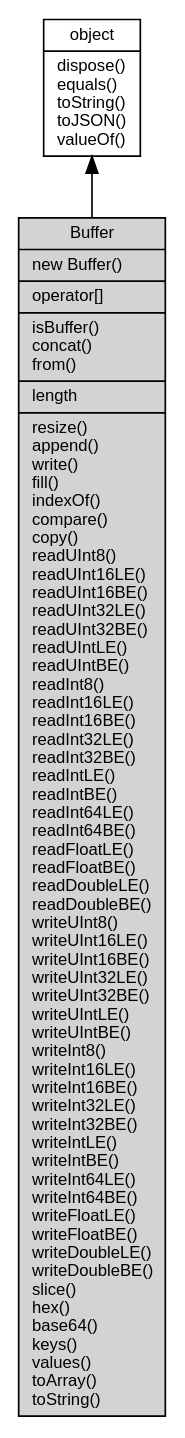
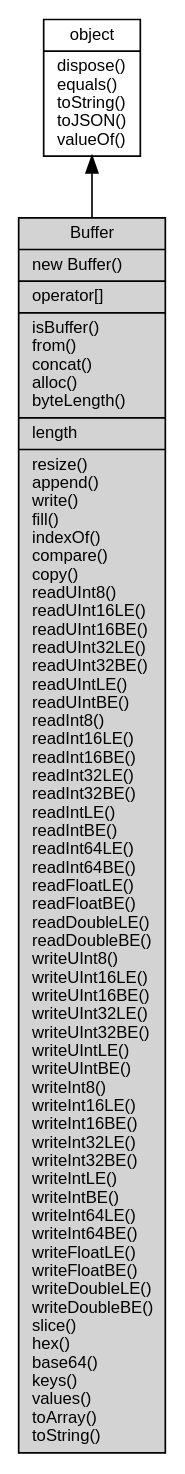
Before and after one commit to fibjs/fibjs.org: the diagram in docs/manual/object/ifs/Buffer.md, drawn with Graphviz. The commit also changed other lines of this file and 8 other files, not shown here.

````diff
--- a/docs/manual/object/ifs/Buffer.md
+++ b/docs/manual/object/ifs/Buffer.md
@@ -11,10 +11,10 @@
 ```dot
 digraph {
     node [fontname="Helvetica,sans-Serif", fontsize=10, shape="record", style="filled", fillcolor="white"];
 
     object [tooltip="object", URL="object.md", label="{object|dispose()\lequals()\ltoString()\ltoJSON()\lvalueOf()\l}"];
-    Buffer [tooltip="Buffer", fillcolor="lightgray", label="{Buffer|new Buffer()\l|operator[]\l|isBuffer()\lconcat()\lfrom()\l|length\l|resize()\lappend()\lwrite()\lfill()\lindexOf()\lcompare()\lcopy()\lreadUInt8()\lreadUInt16LE()\lreadUInt16BE()\lreadUInt32LE()\lreadUInt32BE()\lreadUIntLE()\lreadUIntBE()\lreadInt8()\lreadInt16LE()\lreadInt16BE()\lreadInt32LE()\lreadInt32BE()\lreadIntLE()\lreadIntBE()\lreadInt64LE()\lreadInt64BE()\lreadFloatLE()\lreadFloatBE()\lreadDoubleLE()\lreadDoubleBE()\lwriteUInt8()\lwriteUInt16LE()\lwriteUInt16BE()\lwriteUInt32LE()\lwriteUInt32BE()\lwriteUIntLE()\lwriteUIntBE()\lwriteInt8()\lwriteInt16LE()\lwriteInt16BE()\lwriteInt32LE()\lwriteInt32BE()\lwriteIntLE()\lwriteIntBE()\lwriteInt64LE()\lwriteInt64BE()\lwriteFloatLE()\lwriteFloatBE()\lwriteDoubleLE()\lwriteDoubleBE()\lslice()\lhex()\lbase64()\lkeys()\lvalues()\ltoArray()\ltoString()\l}"];
+    Buffer [tooltip="Buffer", fillcolor="lightgray", label="{Buffer|new Buffer()\l|operator[]\l|isBuffer()\lfrom()\lconcat()\lalloc()\lbyteLength()\l|length\l|resize()\lappend()\lwrite()\lfill()\lindexOf()\lcompare()\lcopy()\lreadUInt8()\lreadUInt16LE()\lreadUInt16BE()\lreadUInt32LE()\lreadUInt32BE()\lreadUIntLE()\lreadUIntBE()\lreadInt8()\lreadInt16LE()\lreadInt16BE()\lreadInt32LE()\lreadInt32BE()\lreadIntLE()\lreadIntBE()\lreadInt64LE()\lreadInt64BE()\lreadFloatLE()\lreadFloatBE()\lreadDoubleLE()\lreadDoubleBE()\lwriteUInt8()\lwriteUInt16LE()\lwriteUInt16BE()\lwriteUInt32LE()\lwriteUInt32BE()\lwriteUIntLE()\lwriteUIntBE()\lwriteInt8()\lwriteInt16LE()\lwriteInt16BE()\lwriteInt32LE()\lwriteInt32BE()\lwriteIntLE()\lwriteIntBE()\lwriteInt64LE()\lwriteInt64BE()\lwriteFloatLE()\lwriteFloatBE()\lwriteDoubleLE()\lwriteDoubleBE()\lslice()\lhex()\lbase64()\lkeys()\lvalues()\ltoArray()\ltoString()\l}"];
 
     object -> Buffer [dir=back];
 }
 ```
````
